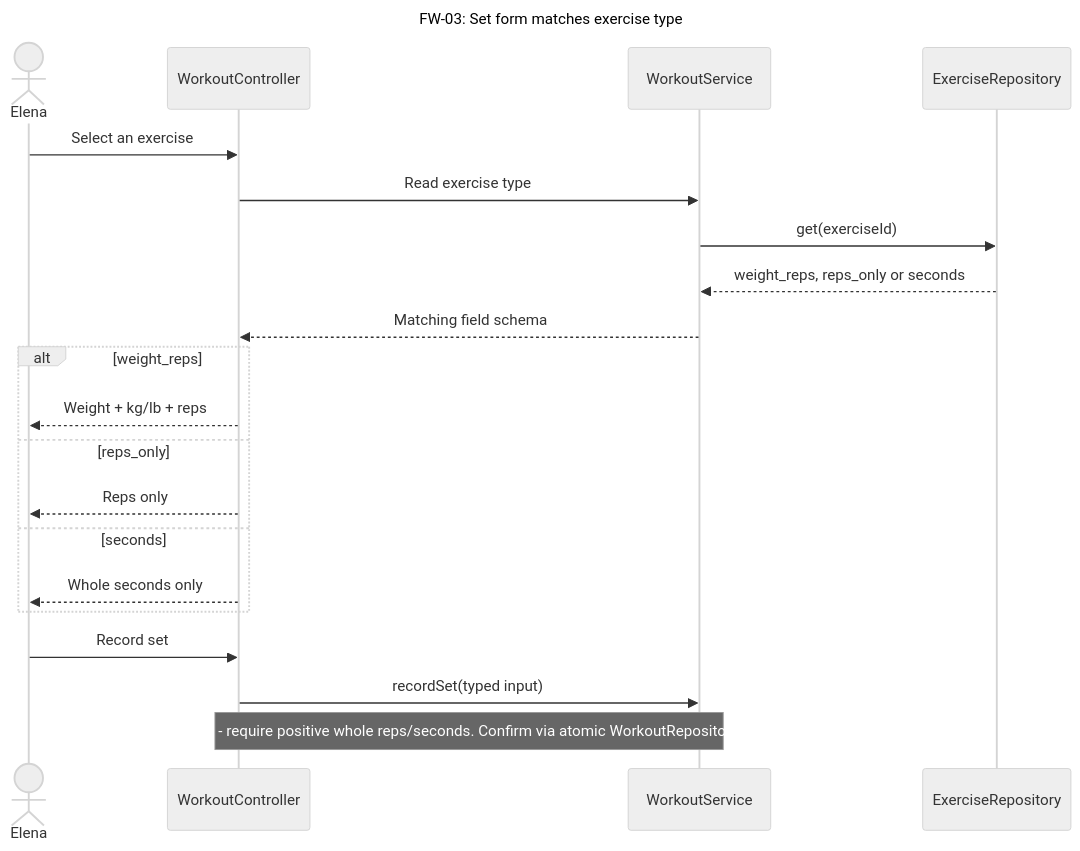
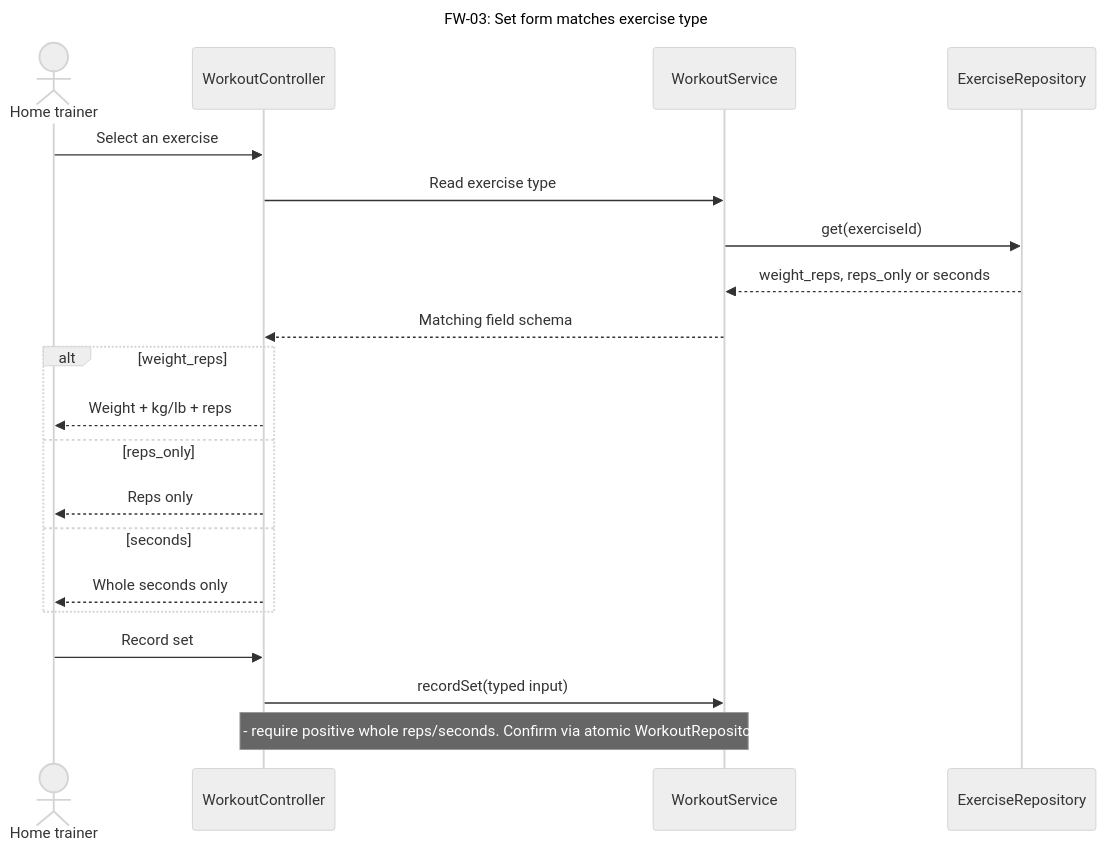
Before and after one commit to SebasLopez2005/SWEProject1: the diagram in docs/part2/design/diagrams/sequence/FW-03.mmd, drawn with Mermaid (neutral theme). The commit also changed 43 other files, not shown here.

Commit message:
Align fitness diagrams with revised professor-reviewed report

```diff
--- a/docs/part2/design/diagrams/sequence/FW-03.mmd
+++ b/docs/part2/design/diagrams/sequence/FW-03.mmd
@@ -1,21 +1,21 @@
 sequenceDiagram
     title FW-03: Set form matches exercise type
-    actor U as Elena
+    actor U as Home trainer
     participant C as WorkoutController
     participant S as WorkoutService
     participant R as ExerciseRepository
     U->>C: Select an exercise
     C->>S: Read exercise type
     S->>R: get(exerciseId)
     R-->>S: weight_reps, reps_only or seconds
     S-->>C: Matching field schema
     alt weight_reps
      C-->>U: Weight + kg/lb + reps
     else reps_only
      C-->>U: Reps only
     else seconds
      C-->>U: Whole seconds only
     end
     U->>C: Record set
     C->>S: recordSet(typed input)
     Note over C,S: Reject irrelevant fields -  require positive whole reps/seconds. Confirm via atomic WorkoutRepository mutation as FW-02.
```
